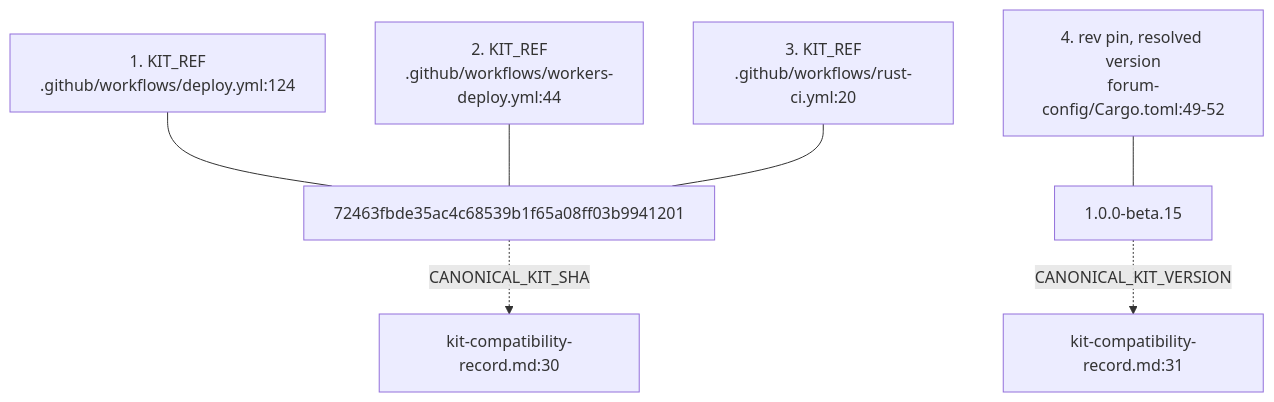
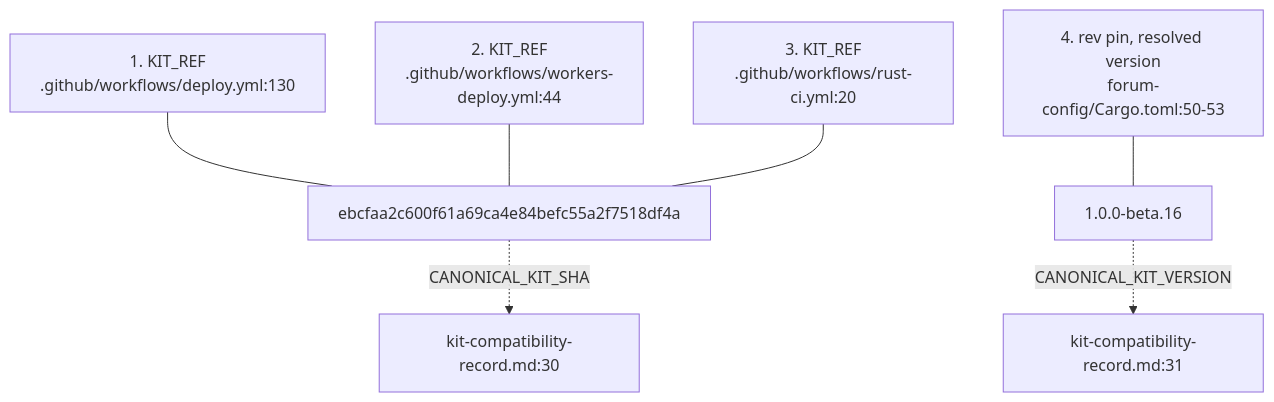
Before and after one commit to DreamLab-AI/VisionFlow: the fourth of 7 diagrams in docs/diagrams/dreamlab-ai-website/01-repo-composition-and-deploy-topology.md, drawn with Mermaid. The commit also changed other lines of this file and 160 other files, not shown here.

````diff
--- a/docs/diagrams/dreamlab-ai-website/01-repo-composition-and-deploy-topology.md
+++ b/docs/diagrams/dreamlab-ai-website/01-repo-composition-and-deploy-topology.md
@@ -66,9 +66,9 @@
 ```mermaid
 flowchart TB
-    A["1. KIT_REF<br/>.github/workflows/deploy.yml:124"] --- SHA["72463fbde35ac4c68539b1f65a08ff03b9941201"]
+    A["1. KIT_REF<br/>.github/workflows/deploy.yml:130"] --- SHA["ebcfaa2c600f61a69ca4e84befc55a2f7518df4a"]
     B["2. KIT_REF<br/>.github/workflows/workers-deploy.yml:44"] --- SHA
     C["3. KIT_REF<br/>.github/workflows/rust-ci.yml:20"] --- SHA
-    D["4. rev pin, resolved version<br/>forum-config/Cargo.toml:49-52"] --- VER["1.0.0-beta.15"]
+    D["4. rev pin, resolved version<br/>forum-config/Cargo.toml:50-53"] --- VER["1.0.0-beta.16"]
     SHA -.->|"CANONICAL_KIT_SHA"| REC["kit-compatibility-record.md:30"]
     VER -.->|"CANONICAL_KIT_VERSION"| REC2["kit-compatibility-record.md:31"]
 ```
````
